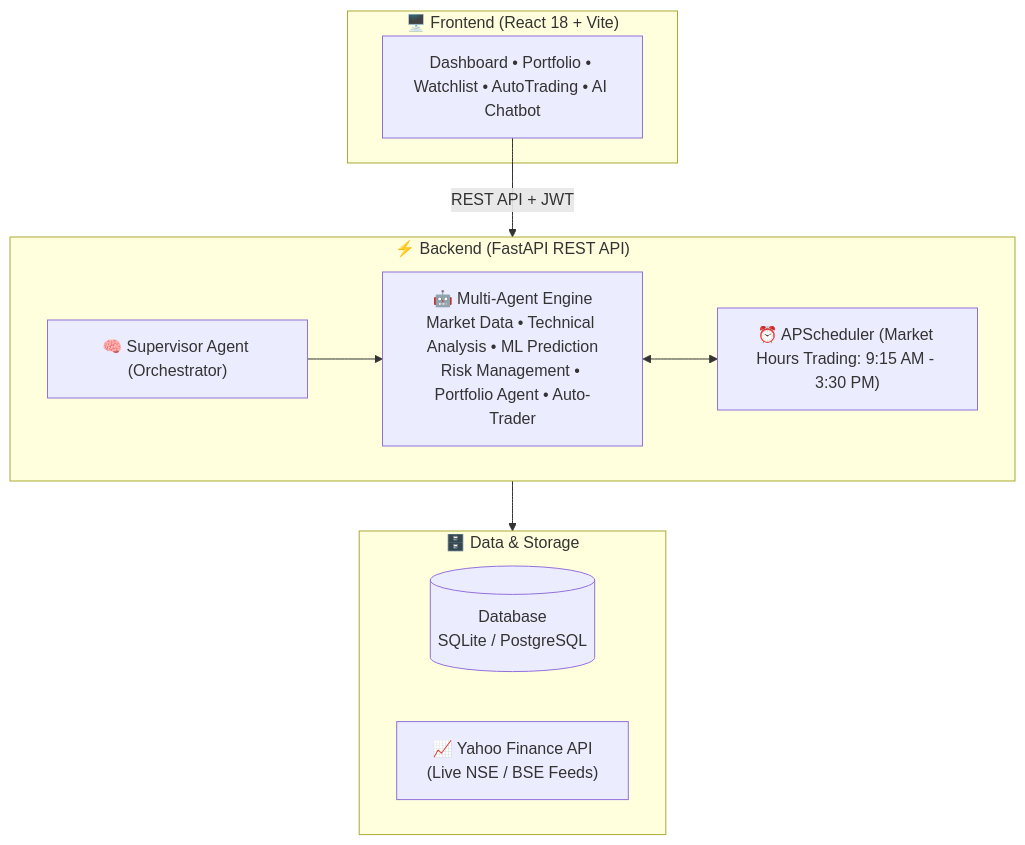
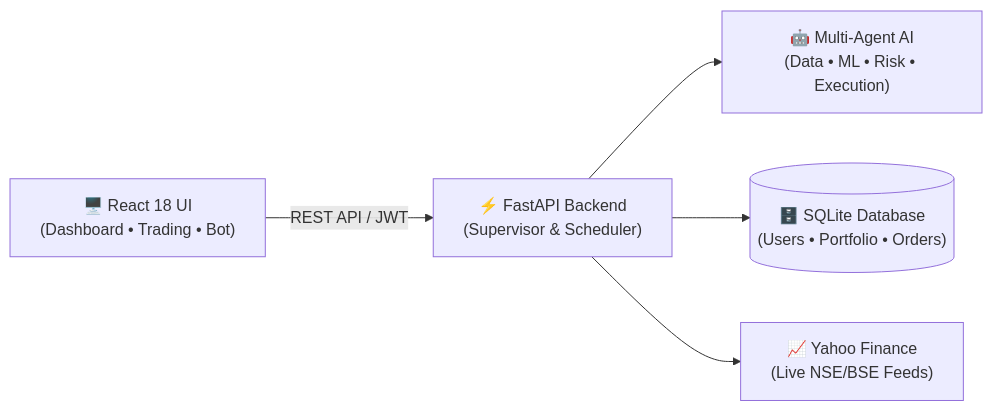
The diagram in README.md (Omshinde1915/stock-ai-trading-system), drawn with Mermaid before and after one commit. The commit also changed other lines of this file, not shown here.

Commit message:
docs: restore full project details with compact horizontal architecture diagram

````diff
--- a/README.md
+++ b/README.md
@@ -44,22 +82,7 @@
 ```mermaid
-flowchart TD
-    subgraph Client ["🖥️ Frontend (React 18 + Vite)"]
-        UI["Dashboard • Portfolio • Watchlist • AutoTrading • AI Chatbot"]
-    end
-
-    subgraph Server ["⚡ Backend (FastAPI REST API)"]
-        Sup["🧠 Supervisor Agent (Orchestrator)"]
-        Agents["🤖 Multi-Agent Engine<br/>Market Data • Technical Analysis • ML Prediction<br/>Risk Management • Portfolio Agent • Auto-Trader"]
-        Scheduler["⏰ APScheduler (Market Hours Trading: 9:15 AM - 3:30 PM)"]
-        Sup --> Agents
-        Agents <--> Scheduler
-    end
-
-    subgraph Data ["🗄️ Data & Storage"]
-        DB[("Database<br/>SQLite / PostgreSQL")]
-        YF["📈 Yahoo Finance API<br/>(Live NSE / BSE Feeds)"]
-    end
-
-    UI -->|REST API + JWT| Server
-    Server --> Data
+flowchart LR
+    Client["🖥️ React 18 UI<br/>(Dashboard • Trading • Bot)"] -->|REST API / JWT| API["⚡ FastAPI Backend<br/>(Supervisor & Scheduler)"]
+    API --> Agents["🤖 Multi-Agent AI<br/>(Data • ML • Risk • Execution)"]
+    API --> DB[("🗄️ SQLite Database<br/>(Users • Portfolio • Orders)")]
+    API --> YF["📈 Yahoo Finance<br/>(Live NSE/BSE Feeds)"]
 ```
````
